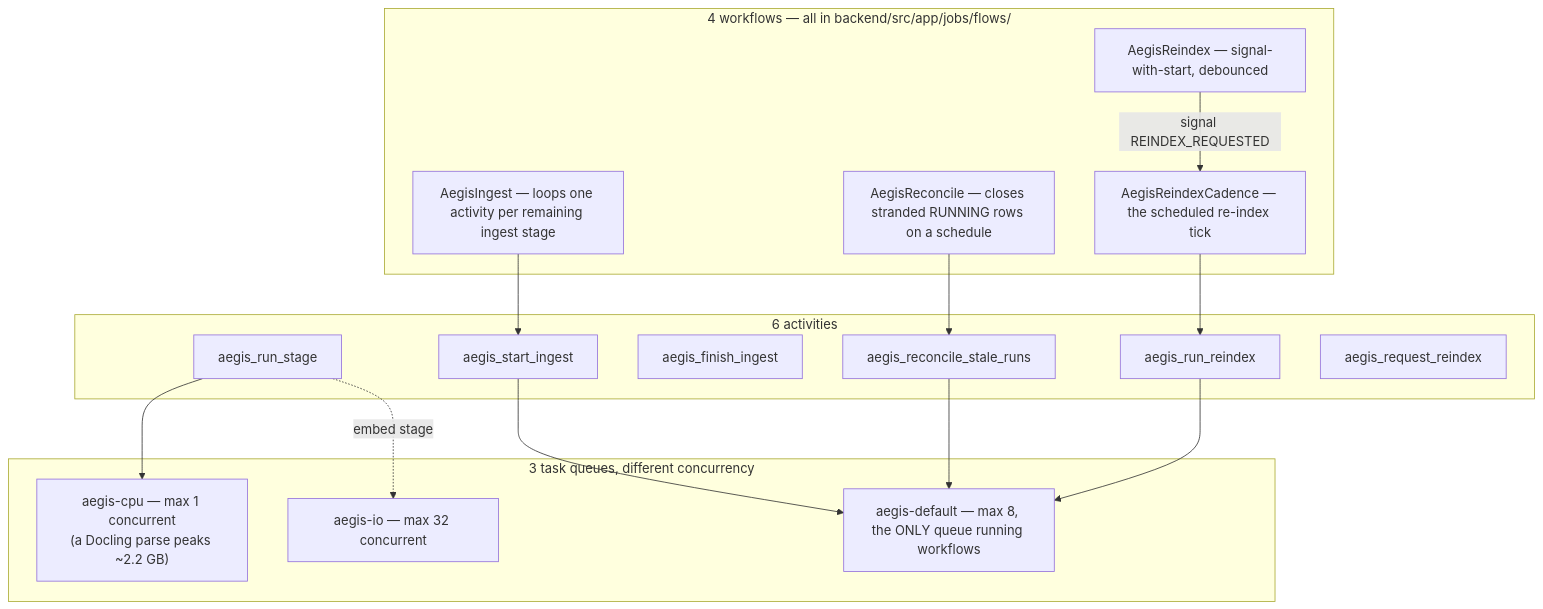
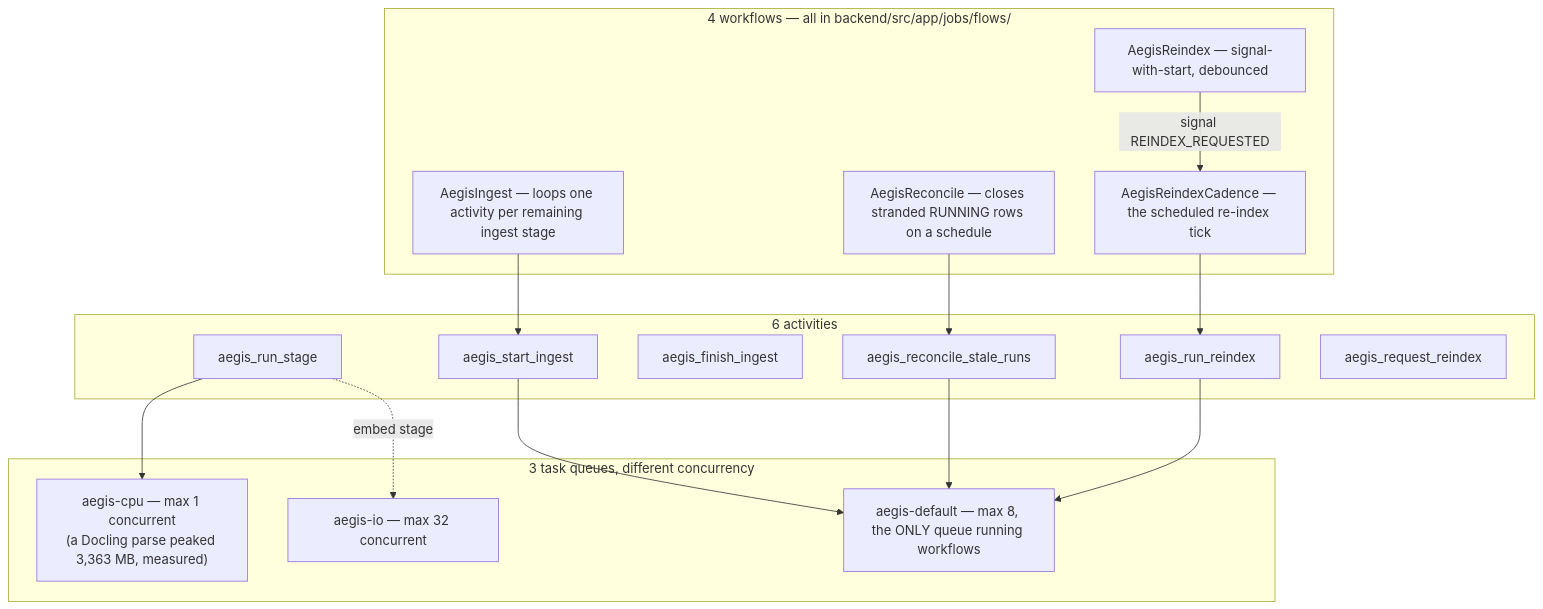
The diagram in docs/teaching/jobs.md (yrevash/aegis), drawn with Mermaid before and after one commit. The commit also changed other lines of this file and 52 other files, not shown here.

````diff
--- a/docs/teaching/jobs.md
+++ b/docs/teaching/jobs.md
@@ -28,28 +28,28 @@
 ```mermaid
 flowchart TD
     subgraph WORKFLOWS["4 workflows — all in backend/src/app/jobs/flows/"]
         WI["AegisIngest — loops one activity per remaining ingest stage"]
         WR["AegisReconcile — closes stranded RUNNING rows on a schedule"]
         WX["AegisReindex — signal-with-start, debounced"]
         WC["AegisReindexCadence — the scheduled re-index tick"]
     end
     subgraph ACTIVITIES["6 activities"]
         A1[aegis_start_ingest]
         A2[aegis_run_stage]
         A3[aegis_finish_ingest]
         A4[aegis_reconcile_stale_runs]
         A5[aegis_run_reindex]
         A6[aegis_request_reindex]
     end
     subgraph QUEUES["3 task queues, different concurrency"]
-        QC["aegis-cpu — max 1 concurrent<br/>(a Docling parse peaks ~2.2 GB)"]
+        QC["aegis-cpu — max 1 concurrent<br/>(a Docling parse peaked 3,363 MB, measured)"]
         QI["aegis-io — max 32 concurrent"]
         QD["aegis-default — max 8, the ONLY queue running workflows"]
     end
     WI --> A1 --> QD
     A2 --> QC
     A2 -.embed stage.-> QI
     WR --> A4 --> QD
     WX -->|signal REINDEX_REQUESTED| WC
     WC --> A5 --> QD
 ```
````
